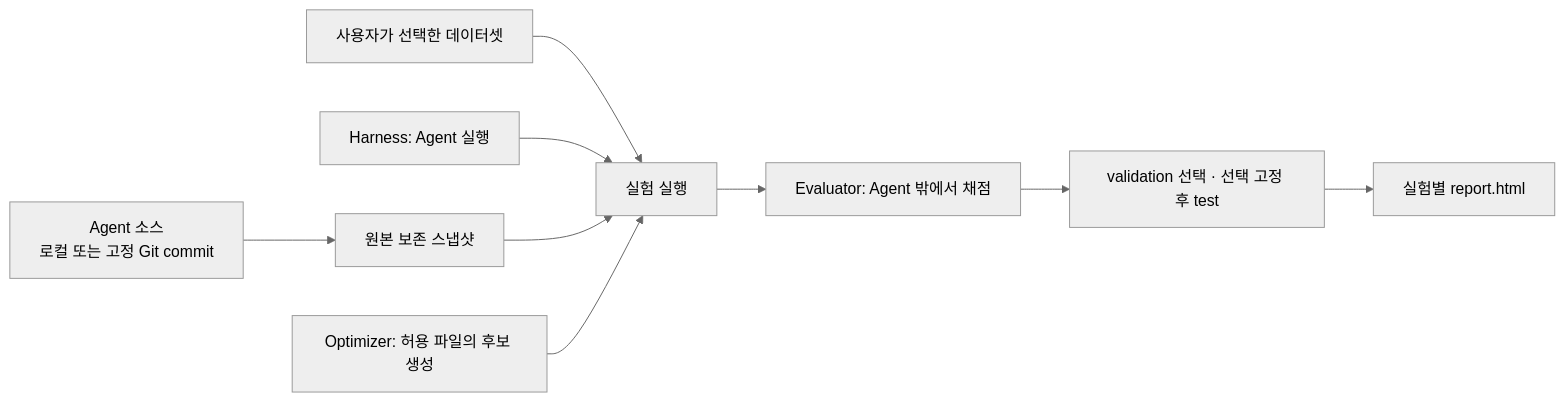
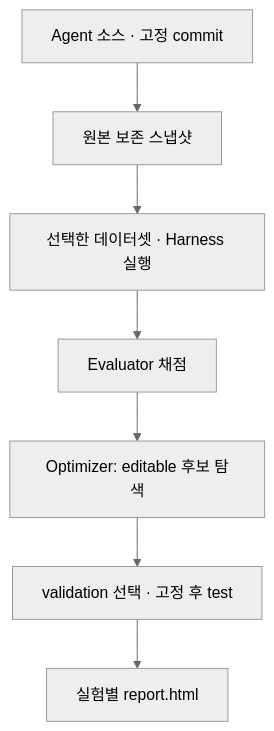
The diagram in website/index.md (wontaeJeong/agent-optimizer), drawn with Mermaid (neutral theme) before and after one commit. The commit also changed 9 other files, not shown here.

````diff
--- a/website/index.md
+++ b/website/index.md
@@ -27,11 +27,9 @@
 ```mermaid
-flowchart LR
-  A[Agent 소스<br/>로컬 또는 고정 Git commit] --> S[원본 보존 스냅샷]
-  D[사용자가 선택한 데이터셋] --> R[실험 실행]
-  H[Harness: Agent 실행] --> R
-  S --> R
-  O[Optimizer: 허용 파일의 후보 생성] --> R
-  R --> E[Evaluator: Agent 밖에서 채점]
-  E --> P[validation 선택 · 선택 고정 후 test]
+flowchart TB
+  A[Agent 소스 · 고정 commit] --> S[원본 보존 스냅샷]
+  S --> H[선택한 데이터셋 · Harness 실행]
+  H --> E[Evaluator 채점]
+  E --> O[Optimizer: editable 후보 탐색]
+  O --> P[validation 선택 · 고정 후 test]
   P --> F[실험별 report.html]
 ```
````
